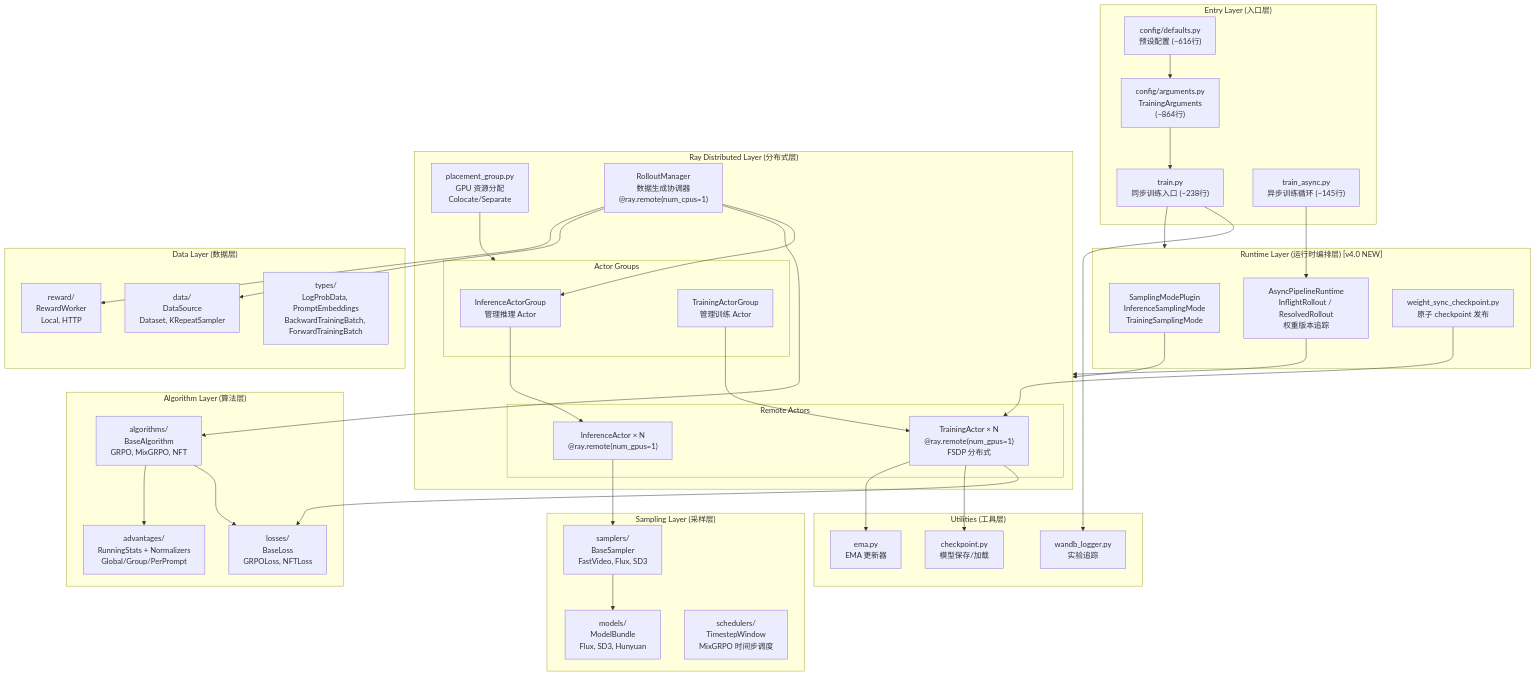
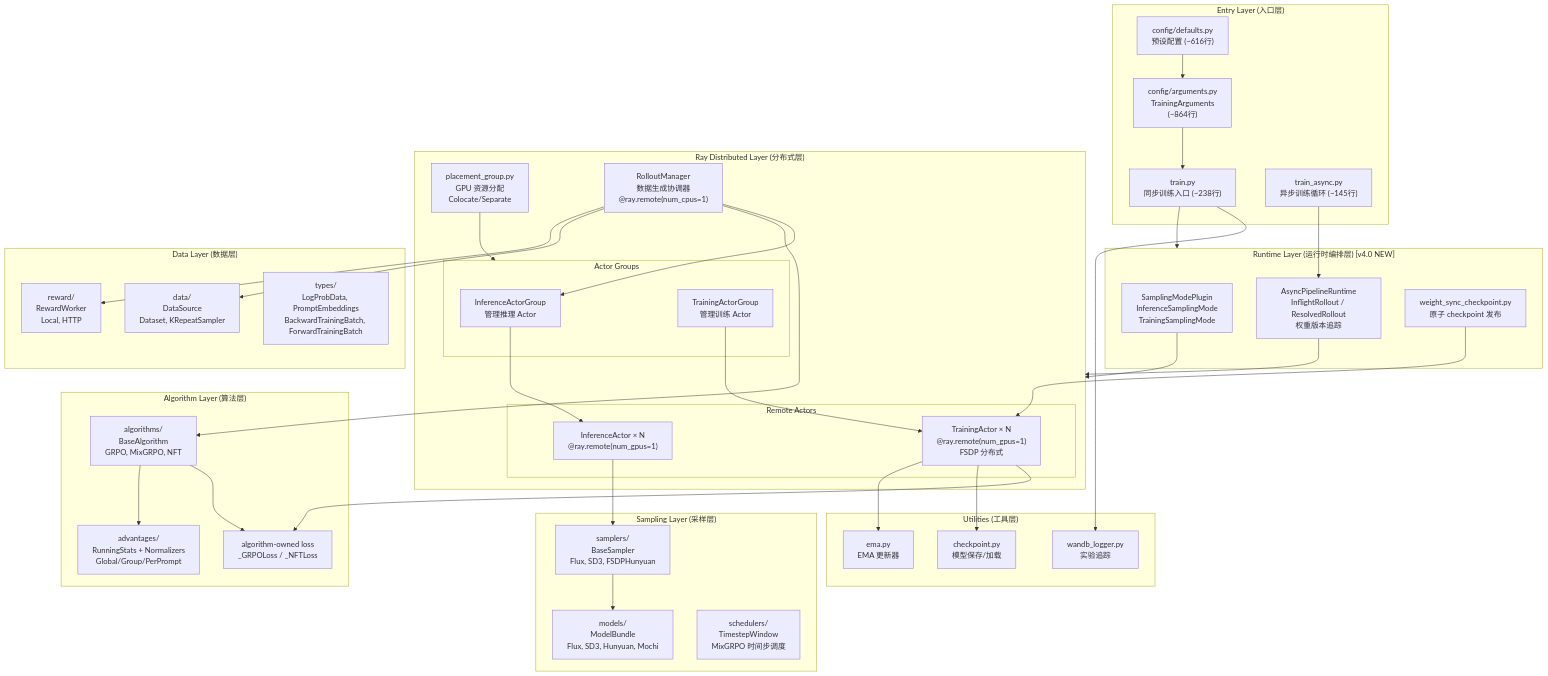
Before and after one commit to celve/unirl: diagram 12 of 27 in docs/Diffusion_RL_Design_Analysis.md, drawn with Mermaid. The commit also changed other lines of this file and 6 other files, not shown here.

Commit message:
docs: update architecture guide and extension templates

```diff
--- a/docs/Diffusion_RL_Design_Analysis.md
+++ b/docs/Diffusion_RL_Design_Analysis.md
@@ -1842,13 +1816,13 @@
 
     subgraph AlgorithmLayer["Algorithm Layer (算法层)"]
         Algo["algorithms/<br/>BaseAlgorithm<br/>GRPO, MixGRPO, NFT"]
-        Loss["losses/<br/>BaseLoss<br/>GRPOLoss, NFTLoss"]
+        Loss["algorithm-owned loss<br/>_GRPOLoss / _NFTLoss"]
         Adv["advantages/<br/>RunningStats + Normalizers<br/>Global/Group/PerPrompt"]
     end
 
     subgraph SamplingLayer["Sampling Layer (采样层)"]
-        Sampler["samplers/<br/>BaseSampler<br/>FastVideo, Flux, SD3"]
-        Model["models/<br/>ModelBundle<br/>Flux, SD3, Hunyuan"]
+        Sampler["samplers/<br/>BaseSampler<br/>Flux, SD3, FSDPHunyuan"]
+        Model["models/<br/>ModelBundle<br/>Flux, SD3, Hunyuan, Mochi"]
         Sched["schedulers/<br/>TimestepWindow<br/>MixGRPO 时间步调度"]
     end
 
```
